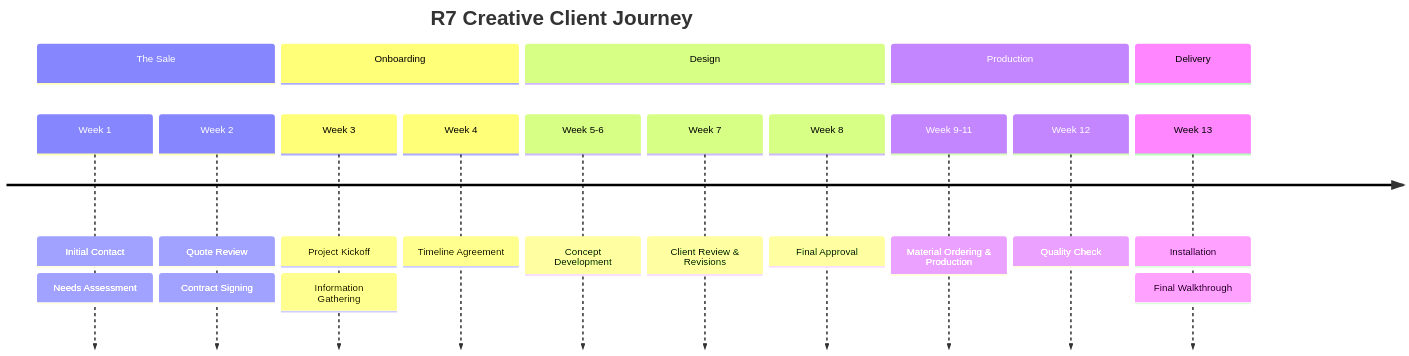
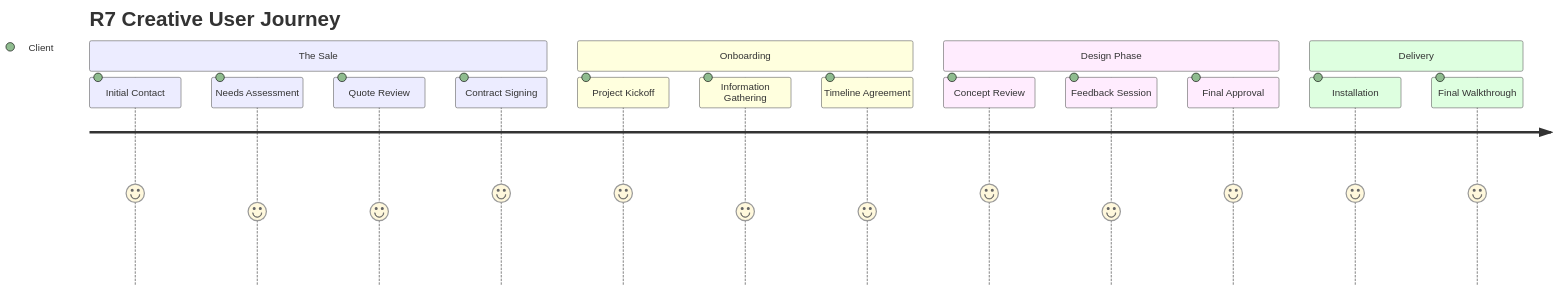
The first of 2 diagrams in chart.md (grobenmarketing/r7creative-docs), drawn with Mermaid before and after one commit.

````diff
--- a/chart.md
+++ b/chart.md
@@ -1,25 +1,20 @@
 ```mermaid
-
-timeline
-    title R7 Creative Client Journey
+journey
+    title R7 Creative User Journey
     section The Sale
-        Week 1 : Initial Contact
-               : Needs Assessment
-        Week 2 : Quote Review
-               : Contract Signing
+      Initial Contact: 5: Client
+      Needs Assessment: 4: Client
+      Quote Review: 4: Client
+      Contract Signing: 5: Client
     section Onboarding
-        Week 3 : Project Kickoff
-               : Information Gathering
-        Week 4 : Timeline Agreement
-    section Design
-        Week 5-6 : Concept Development
-        Week 7 : Client Review & Revisions
-        Week 8 : Final Approval
-    section Production
-        Week 9-11 : Material Ordering & Production
-        Week 12 : Quality Check
+      Project Kickoff: 5: Client
+      Information Gathering: 4: Client
+      Timeline Agreement: 4: Client
+    section Design Phase
+      Concept Review: 5: Client
+      Feedback Session: 4: Client
+      Final Approval: 5: Client
     section Delivery
-        Week 13 : Installation
-                : Final Walkthrough
-
+      Installation: 5: Client
+      Final Walkthrough: 5: Client
 ```
````
